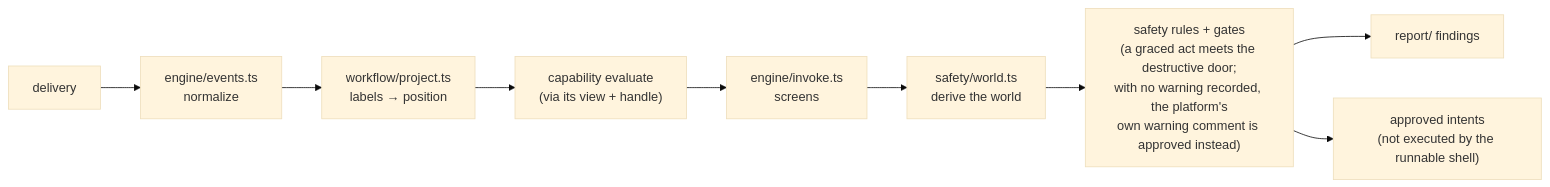
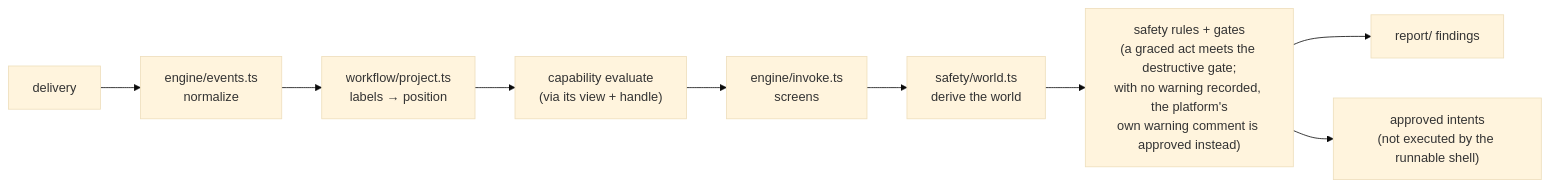
Before and after one commit to exploreriii/sdk-automations: the first of 3 diagrams in packages/core/README.md, drawn with Mermaid (base theme). The commit also changed other lines of this file and 26 other files, not shown here.

````diff
--- a/packages/core/README.md
+++ b/packages/core/README.md
@@ -15,20 +15,20 @@
 ```mermaid
 flowchart LR
     D["delivery"] --> N["engine/events.ts
 normalize"]
     N --> P["workflow/project.ts
 labels → position"]
     P --> E["capability evaluate
 (via its view + handle)"]
     E --> S["engine/invoke.ts
 screens"]
     S --> W["safety/world.ts
 derive the world"]
     W --> G["safety rules + gates
-(a graced act meets the destructive door;
+(a graced act meets the destructive gate;
 with no warning recorded, the platform's
 own warning comment is approved instead)"]
     G --> R["report/ findings"]
     G --> A["approved intents
 (not executed by the runnable shell)"]
 ```
````
